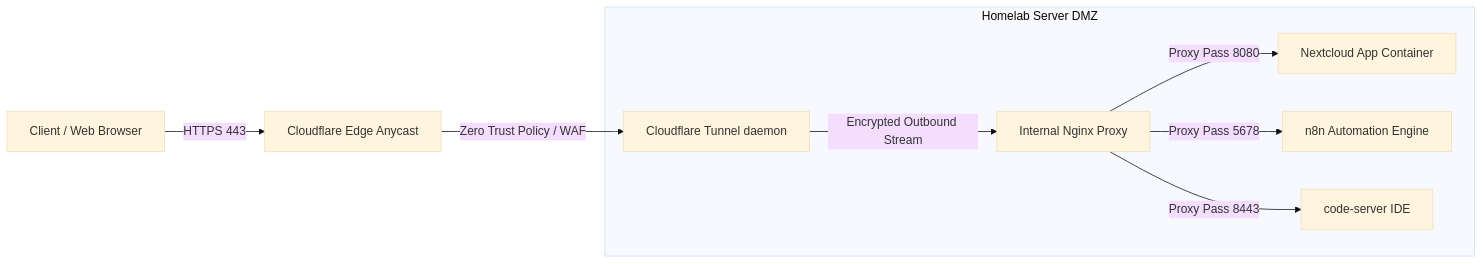
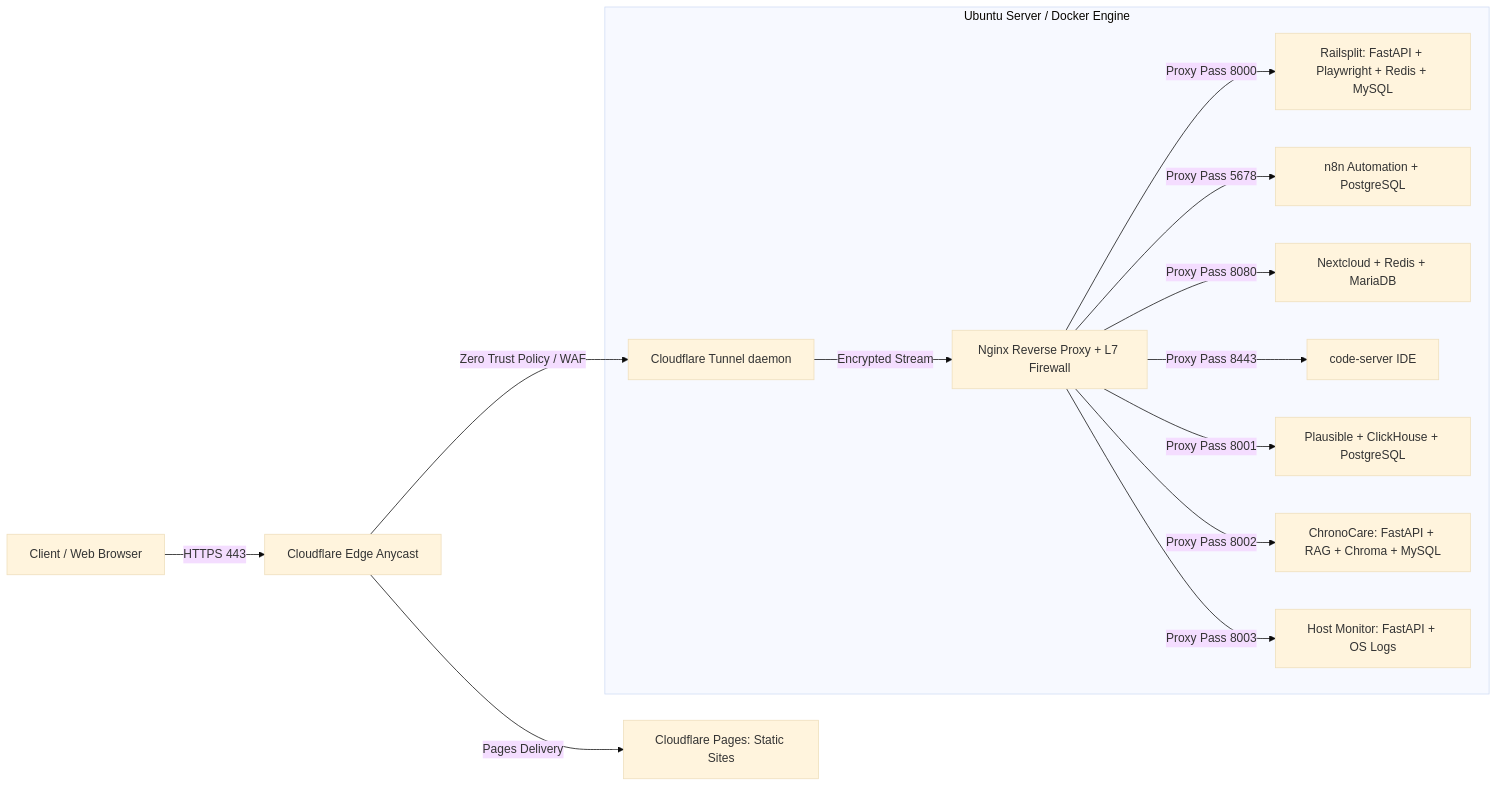
The diagram in blogs/exposing-home-server-cloudflare-tunnel-nginx/post.md (KALI-THE-HACKER/blogs), drawn with Mermaid (base theme) before and after one commit. The commit also changed other lines of this file and 6 other files, not shown here.

Commit message:
feat: add homelab architecture image, source attribution, and KaTeX mathematical formula rendering

````diff
--- a/blogs/exposing-home-server-cloudflare-tunnel-nginx/post.md
+++ b/blogs/exposing-home-server-cloudflare-tunnel-nginx/post.md
@@ -13,11 +33,16 @@
 ```mermaid
 graph LR
     Client[Client / Web Browser] -->|HTTPS 443| CF[Cloudflare Edge Anycast]
+    CF -->|Pages Delivery| StaticPages[Cloudflare Pages: Static Sites]
     CF -->|Zero Trust Policy / WAF| Tunnel[Cloudflare Tunnel daemon]
-    subgraph LAN [Homelab Server DMZ]
-        Tunnel -->|Encrypted Outbound Stream| Nginx[Internal Nginx Proxy]
-        Nginx -->|Proxy Pass 8080| Nextcloud[Nextcloud App Container]
-        Nginx -->|Proxy Pass 5678| n8n[n8n Automation Engine]
+    subgraph Host [Ubuntu Server / Docker Engine]
+        Tunnel -->|Encrypted Stream| Nginx[Nginx Reverse Proxy + L7 Firewall]
+        Nginx -->|Proxy Pass 8000| Railsplit[Railsplit: FastAPI + Playwright + Redis + MySQL]
+        Nginx -->|Proxy Pass 5678| n8n[n8n Automation + PostgreSQL]
+        Nginx -->|Proxy Pass 8080| Nextcloud[Nextcloud + Redis + MariaDB]
         Nginx -->|Proxy Pass 8443| CodeServer[code-server IDE]
+        Nginx -->|Proxy Pass 8001| Analytics[Plausible + ClickHouse + PostgreSQL]
+        Nginx -->|Proxy Pass 8002| ChronoCare[ChronoCare: FastAPI + RAG + Chroma + MySQL]
+        Nginx -->|Proxy Pass 8003| ServerBackend[Host Monitor: FastAPI + OS Logs]
     end
 ```
````
